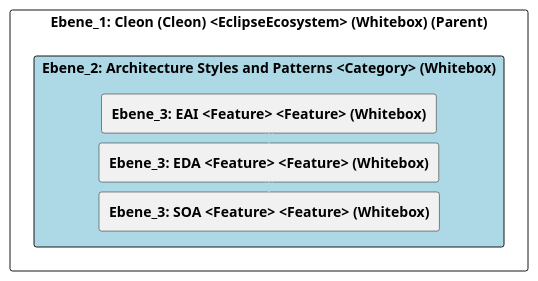
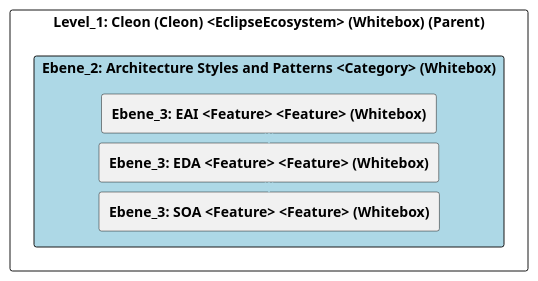
The diagram in doc/cleonproject_deliverables_architecture_model_architecture/adoc/de/05_bausteinsicht/cleon/architecture_styles_and_patterns/ebene_2_architecture_styles_and_patterns.adoc (marcozwyssig/cleon), drawn with PlantUML before and after one commit. The commit also changed other lines of this file and 169 other files, not shown here.

```diff
--- a/doc/cleonproject_deliverables_architecture_model_architecture/adoc/de/05_bausteinsicht/cleon/architecture_styles_and_patterns/ebene_2_architecture_styles_and_patterns.adoc
+++ b/doc/cleonproject_deliverables_architecture_model_architecture/adoc/de/05_bausteinsicht/cleon/architecture_styles_and_patterns/ebene_2_architecture_styles_and_patterns.adoc
@@ -24,30 +24,30 @@
 [plantuml, Ebene_2: Architecture Styles and Patterns <Category> (Whitebox)BlockOverview, format="svg"]
 ----
 @startuml Ebene_2: Architecture Styles and Patterns <Category> (Whitebox)BuildingBlockOverview
 
 skinparam ranksep 10
 skinparam componentStyle rectangle
 skinparam shadowing false
 skinparam arrowColor lightblue
 skinparam arrowThickness 1.2
 skinparam rectangle {
   BackgroundColor White
   BorderColor #333
   RoundCorner 10
 }
 top to bottom direction
 
-component "Ebene_1: Cleon (Cleon) <EclipseEcosystem> (Whitebox) (Parent)" {
+component "Level_1: Cleon (Cleon) <EclipseEcosystem> (Whitebox) (Parent)" {
     component "Ebene_2: Architecture Styles and Patterns <Category> (Whitebox)" #lightblue {
         [**Ebene_3: EAI <Feature> <Feature> (Whitebox)**] as 49055818_D579_11EE_903E_9F564E4DE07E
         [**Ebene_3: EDA <Feature> <Feature> (Whitebox)**] as 49057F3D_D579_11EE_903E_9F564E4DE07E
         [**Ebene_3: SOA <Feature> <Feature> (Whitebox)**] as 4905A650_D579_11EE_903E_9F564E4DE07E
     }
 
     49055818_D579_11EE_903E_9F564E4DE07E -down-> 49057F3D_D579_11EE_903E_9F564E4DE07E
     49057F3D_D579_11EE_903E_9F564E4DE07E -down-> 4905A650_D579_11EE_903E_9F564E4DE07E
     
 }
 
 @enduml
 ----
```
